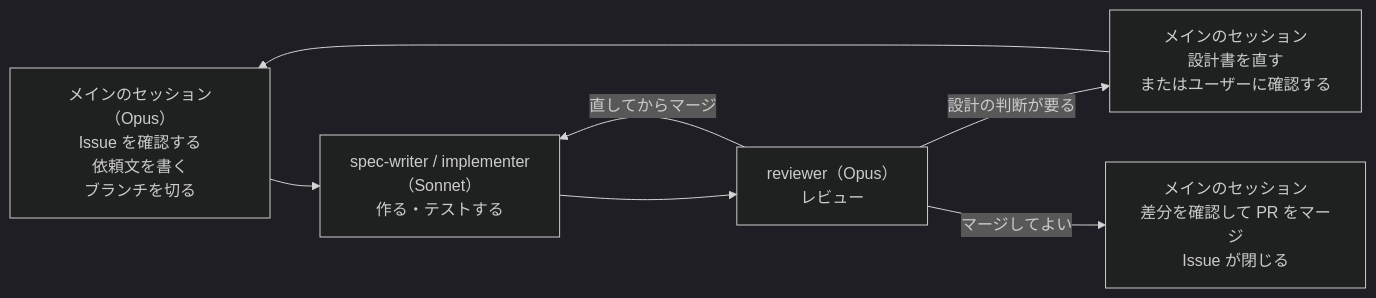
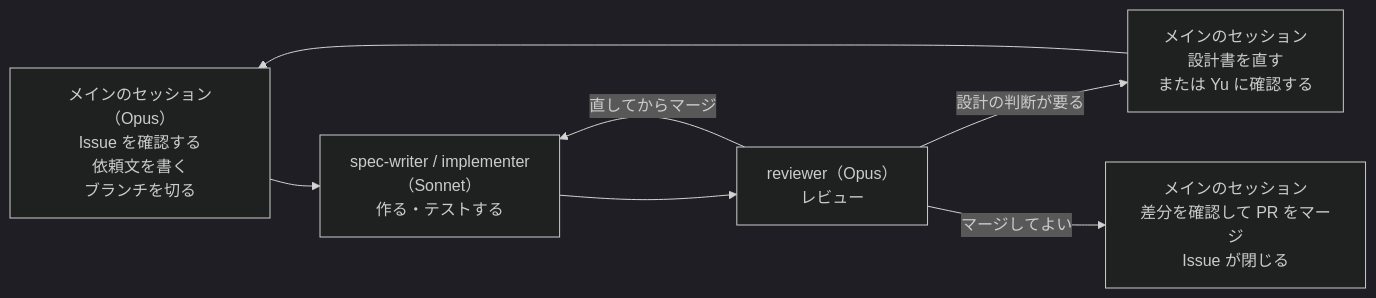
Before and after one commit to yuk-wq/ouca: the first of 2 diagrams in docs/to-be/work-plan.md, drawn with Mermaid (dark theme). The commit also changed other lines of this file and 9 other files, not shown here.

````diff
--- a/docs/to-be/work-plan.md
+++ b/docs/to-be/work-plan.md
@@ -48,9 +48,9 @@
 ```mermaid
 flowchart LR
   A["メインのセッション（Opus）<br/>Issue を確認する<br/>依頼文を書く<br/>ブランチを切る"] --> B["spec-writer / implementer<br/>（Sonnet）<br/>作る・テストする"]
   B --> C["reviewer（Opus）<br/>レビュー"]
   C -->|"直してからマージ"| B
-  C -->|"設計の判断が要る"| D["メインのセッション<br/>設計書を直す<br/>またはユーザーに確認する"]
+  C -->|"設計の判断が要る"| D["メインのセッション<br/>設計書を直す<br/>または Yu に確認する"]
   D --> A
   C -->|"マージしてよい"| E["メインのセッション<br/>差分を確認して PR をマージ<br/>Issue が閉じる"]
 ```
````
